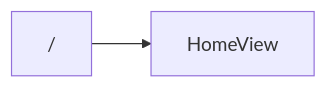
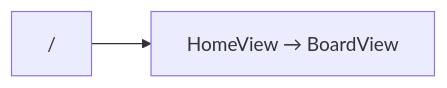
Before and after one commit to 0quasarquantum0/Kanban_Vue: the fourth of 4 diagrams in docs/architecture.md, drawn with Mermaid. The commit also changed other lines of this file and 7 other files, not shown here.

````diff
--- a/docs/architecture.md
+++ b/docs/architecture.md
@@ -21,4 +67,4 @@
 ```mermaid
 flowchart LR
-  root["/"] --> home["HomeView"]
+  root["/"] --> home["HomeView → BoardView"]
 ```
````
